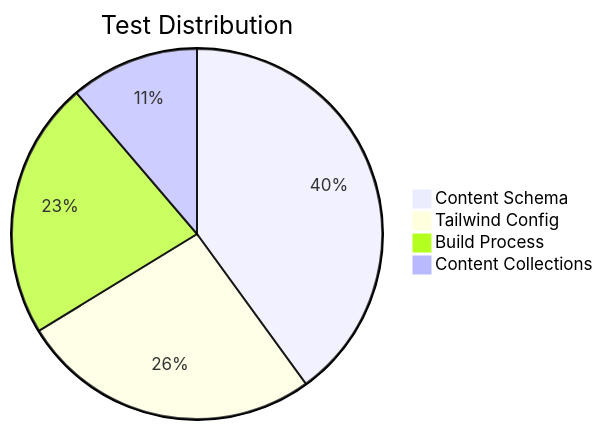
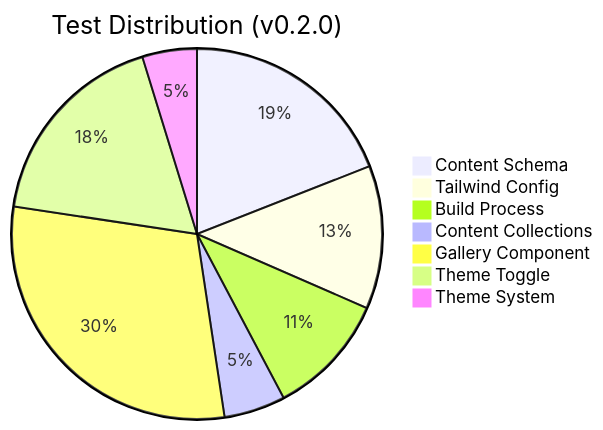
Before and after one commit to nice-and-precise/mol-art-portfolio: the second of 5 diagrams in PROJECT_STATUS.md, drawn with Mermaid. The commit also changed other lines of this file, not shown here.

First line of the commit message:
docs: Update PROJECT_STATUS.md - v0.2.0 Gallery & Theme Complete

````diff
--- a/PROJECT_STATUS.md
+++ b/PROJECT_STATUS.md
@@ -160,7 +166,10 @@
 ```mermaid
-pie title Test Distribution
+pie title Test Distribution (v0.2.0)
     "Content Schema" : 32
     "Tailwind Config" : 21
     "Build Process" : 18
     "Content Collections" : 9
+    "Gallery Component" : 50
+    "Theme Toggle" : 30
+    "Theme System" : 8
 ```
````
